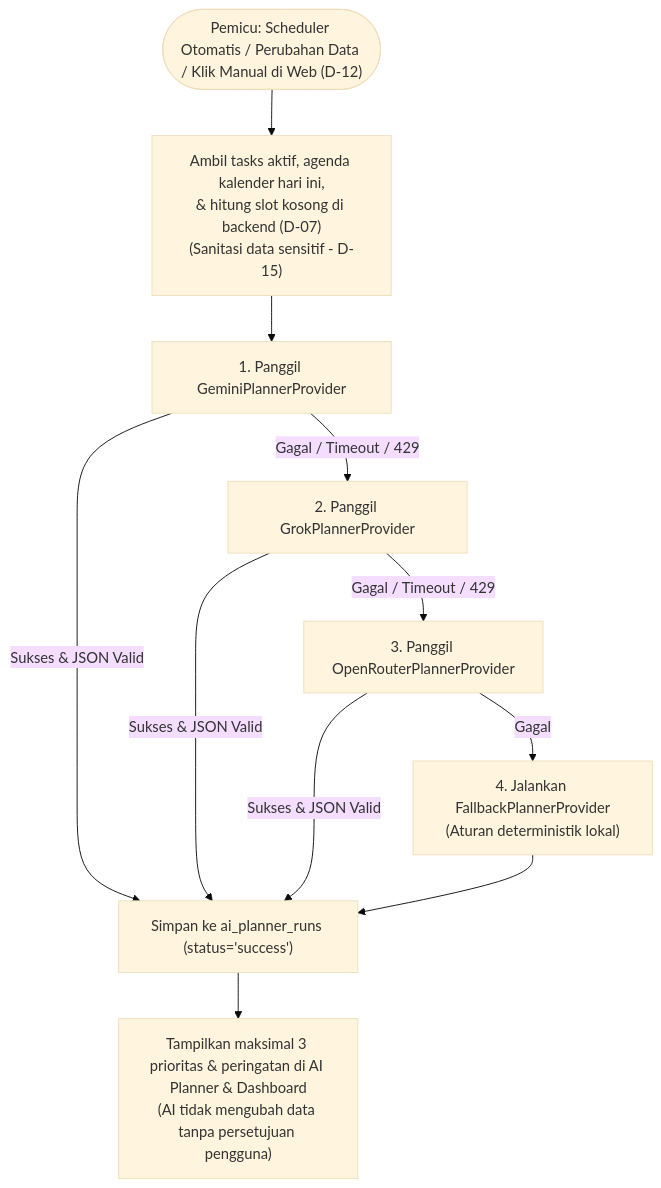
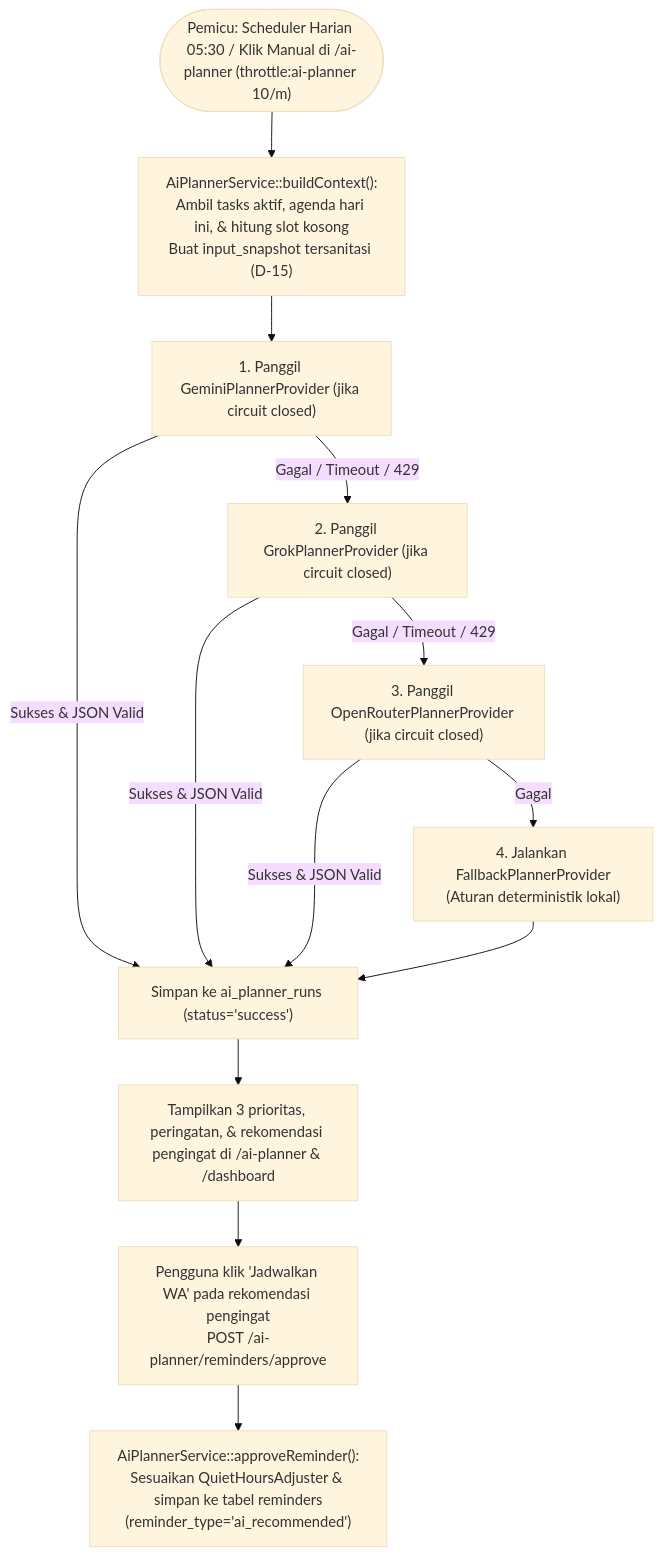
One commit to fardhanfahrezy/managjeh_react changed the fifth of 6 diagrams in docs/USER_FLOW.md. Above: the diagram before and after it, drawn with Mermaid (base theme). The commit also changed other lines of this file and 2 other files, not shown here.

Commit message:
docs(product): update PRD phase history, business rules, and user flow diagrams

````diff
--- a/docs/USER_FLOW.md
+++ b/docs/USER_FLOW.md
@@ -82,13 +82,15 @@
 ```mermaid
 flowchart TD
-    Trigger(["Pemicu: Scheduler Otomatis / Perubahan Data / Klik Manual di Web (D-12)"]) --> BuildCtx["Ambil tasks aktif, agenda kalender hari ini,\n& hitung slot kosong di backend (D-07)\n(Sanitasi data sensitif - D-15)"]
-    BuildCtx --> TryGemini["1. Panggil GeminiPlannerProvider"]
+    Trigger(["Pemicu: Scheduler Harian 05:30 / Klik Manual di /ai-planner (throttle:ai-planner 10/m)"]) --> BuildCtx["AiPlannerService::buildContext():\nAmbil tasks aktif, agenda hari ini, & hitung slot kosong\nBuat input_snapshot tersanitasi (D-15)"]
+    BuildCtx --> TryGemini["1. Panggil GeminiPlannerProvider (jika circuit closed)"]
     TryGemini -->|"Sukses & JSON Valid"| SaveRun["Simpan ke ai_planner_runs (status='success')"]
-    TryGemini -->|"Gagal / Timeout / 429"| TryGrok["2. Panggil GrokPlannerProvider"]
+    TryGemini -->|"Gagal / Timeout / 429"| TryGrok["2. Panggil GrokPlannerProvider (jika circuit closed)"]
     TryGrok -->|"Sukses & JSON Valid"| SaveRun
-    TryGrok -->|"Gagal / Timeout / 429"| TryOpenRouter["3. Panggil OpenRouterPlannerProvider"]
+    TryGrok -->|"Gagal / Timeout / 429"| TryOpenRouter["3. Panggil OpenRouterPlannerProvider (jika circuit closed)"]
     TryOpenRouter -->|"Sukses & JSON Valid"| SaveRun
     TryOpenRouter -->|"Gagal"| RunFallback["4. Jalankan FallbackPlannerProvider\n(Aturan deterministik lokal)"]
     RunFallback --> SaveRun
-    SaveRun --> RenderPlan["Tampilkan maksimal 3 prioritas & peringatan di AI Planner & Dashboard\n(AI tidak mengubah data tanpa persetujuan pengguna)"]
+    SaveRun --> RenderPlan["Tampilkan 3 prioritas, peringatan, & rekomendasi pengingat di /ai-planner & /dashboard"]
+    RenderPlan --> ApproveClick["Pengguna klik 'Jadwalkan WA' pada rekomendasi pengingat\nPOST /ai-planner/reminders/approve"]
+    ApproveClick --> CreateAiReminder["AiPlannerService::approveReminder():\nSesuaikan QuietHoursAdjuster & simpan ke tabel reminders\n(reminder_type='ai_recommended')"]
 ```
````
